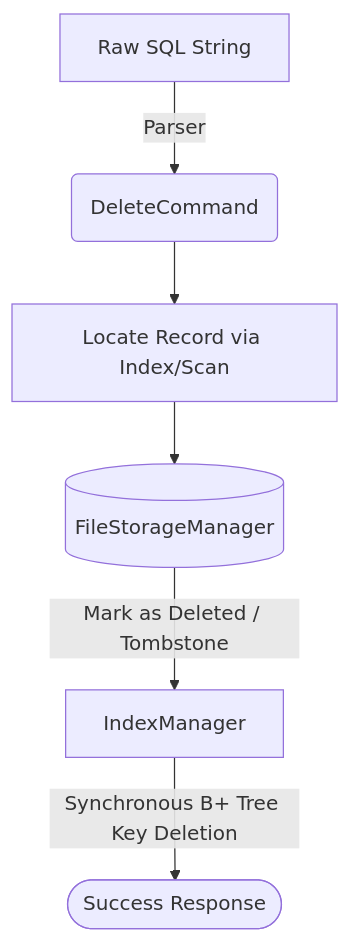
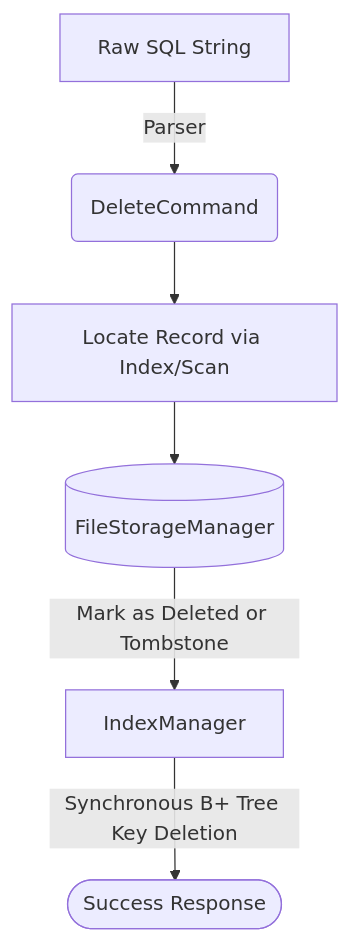
The fourth of 9 diagrams in README.md (Om515/NovaDB), drawn with Mermaid before and after one commit. The commit also changed other lines of this file, not shown here.

Commit message:
fix mermaid syntax errors

````diff
--- a/README.md
+++ b/README.md
@@ -84,8 +84,8 @@
 ```mermaid
 flowchart TD
     A[Raw SQL String] -->|Parser| B(DeleteCommand)
     B --> C[Locate Record via Index/Scan]
     C --> D[(FileStorageManager)]
-    D -->|Mark as Deleted / Tombstone| E[IndexManager]
-    E -->|Synchronous B+ Tree Key Deletion| F([Success Response])
+    D -->|"Mark as Deleted or Tombstone"| E[IndexManager]
+    E -->|"Synchronous B+ Tree Key Deletion"| F([Success Response])
 ```
````
